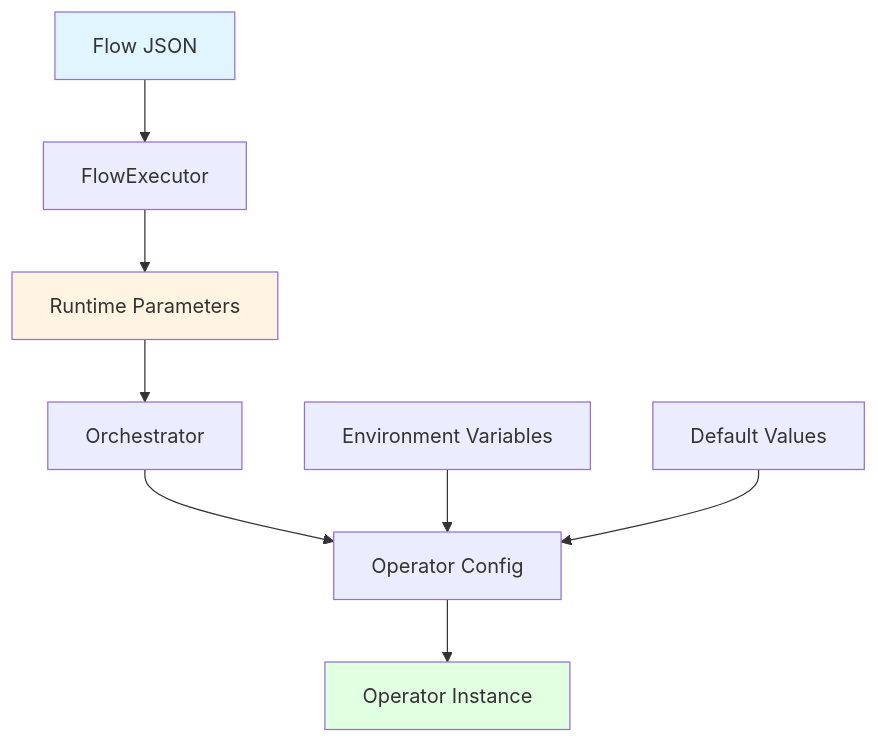
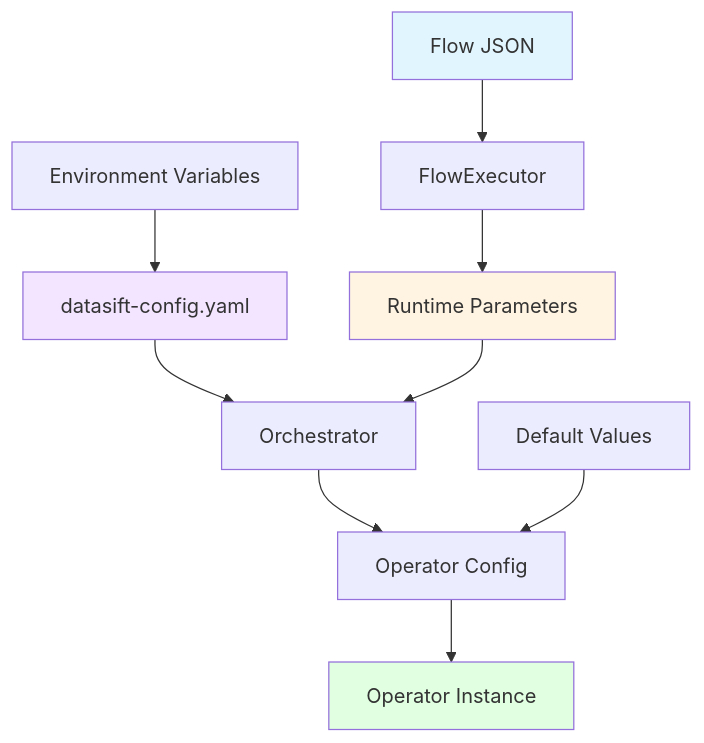
Before and after one commit to anupvarma007-ui/datasift-opensource: the seventh of 31 diagrams in ARCHITECTURE.md, drawn with Mermaid. The commit also changed other lines of this file and 52 other files, not shown here.

````diff
--- a/ARCHITECTURE.md
+++ b/ARCHITECTURE.md
@@ -980,15 +980,17 @@
 ```mermaid
 graph TD
     JSON[Flow JSON] --> FE[FlowExecutor]
+    YAML[datasift-config.yaml] --> ORCH[Orchestrator]
     FE --> PARAMS[Runtime Parameters]
-    PARAMS --> ORCH[Orchestrator]
+    PARAMS --> ORCH
     ORCH --> OP_CONFIG[Operator Config]
     OP_CONFIG --> OP[Operator Instance]
 
-    ENV[Environment Variables] --> OP_CONFIG
+    ENV[Environment Variables] --> YAML
     DEFAULTS[Default Values] --> OP_CONFIG
 
     style JSON fill:#e1f5ff
+    style YAML fill:#f3e5ff
     style PARAMS fill:#fff4e1
     style OP fill:#e1ffe1
 ```
````
